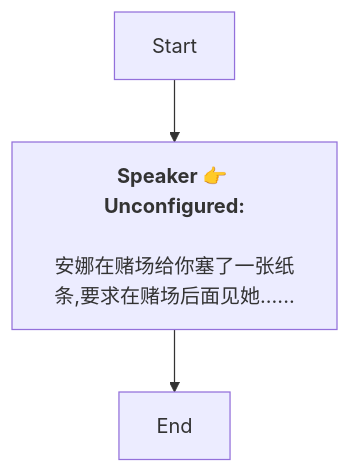
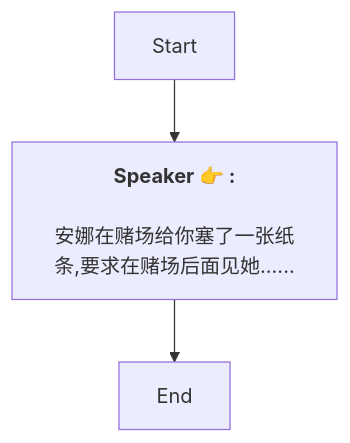
Before and after one commit to SoftHu/tos_avg: the diagram in Zh/QuestStartTalkENode_1766692507847625.md, drawn with Mermaid. The commit also changed 737 other files, not shown here.

````diff
--- a/Zh/QuestStartTalkENode_1766692507847625.md
+++ b/Zh/QuestStartTalkENode_1766692507847625.md
@@ -1,8 +1,7 @@
 ```mermaid
 graph
-Start -->1766692545158091[<b>Speaker 👉 Unconfigured:</b>
-
-安娜在赌场给你塞了一张纸条,要求在赌场后面见她......]
+Start -->1766692545158091[<b>Speaker 👉 :</b>
+\n安娜在赌场给你塞了一张纸条,要求在赌场后面见她......]
 1766692545158091 -->1766692812234703[End]
 
- ```
+```
````
